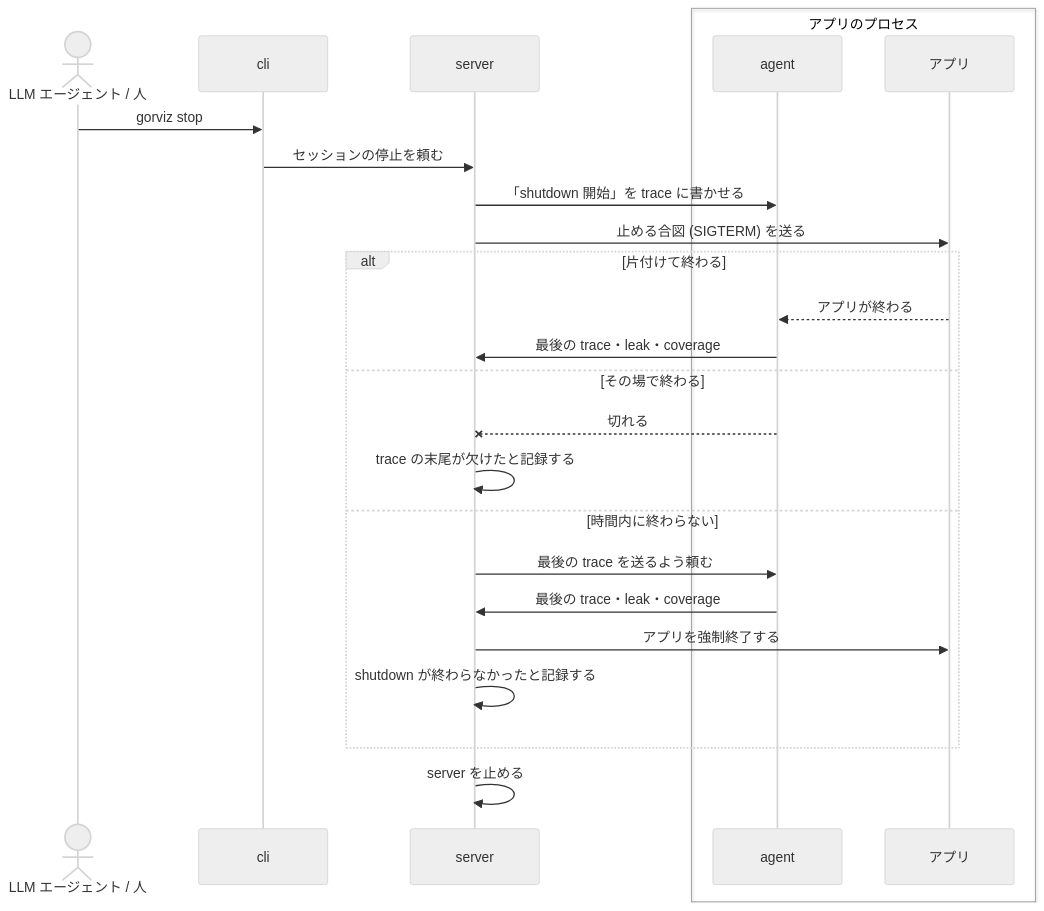
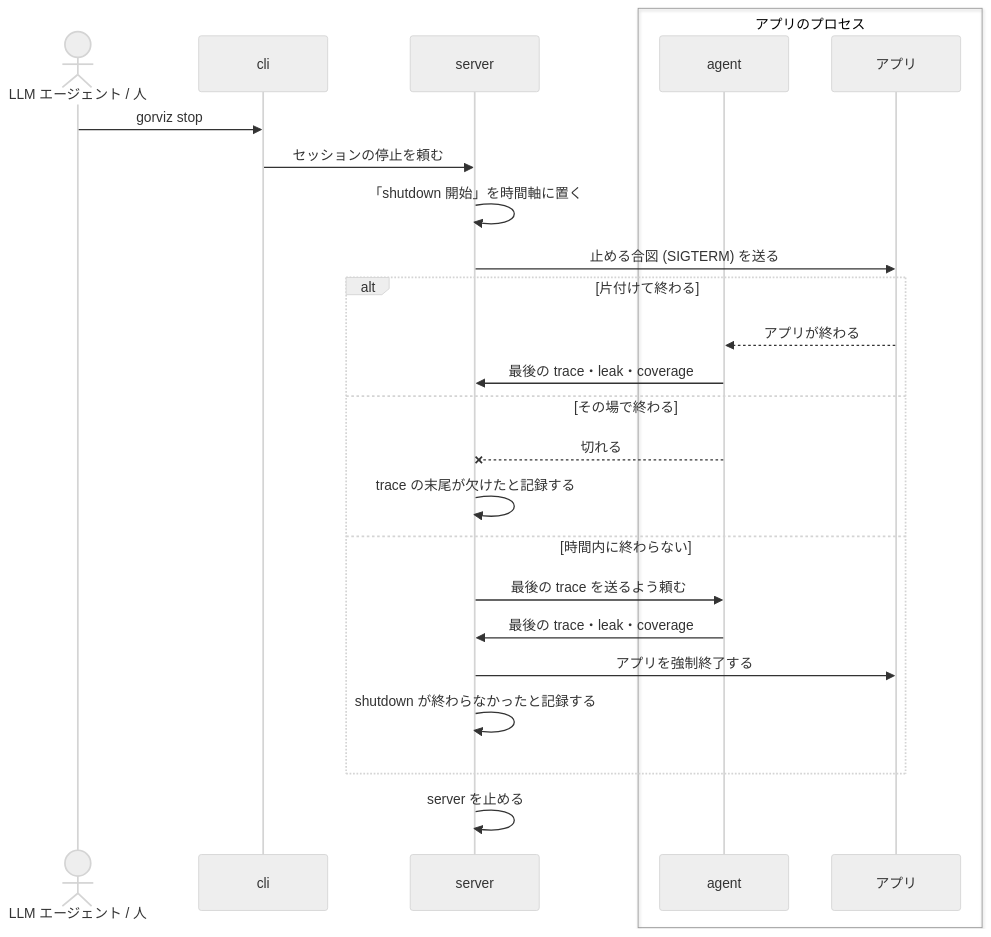
One commit to kakkky/gorviz changed the seventh of 7 diagrams in docs/design.md. Above: the diagram before and after it, drawn with Mermaid (neutral theme). The commit also changed other lines of this file and 1 other file, not shown here.

First line of the commit message:
docs: let the agent push only the trace and its hello and bye and answer the server's requests otherwise, keep the marks on the server's clock, and take the goroutineleak profile when the waiting goroutines grew

````diff
--- a/docs/design.md
+++ b/docs/design.md
@@ -280,28 +280,28 @@
 ```mermaid
 sequenceDiagram
     actor L as LLM エージェント / 人
     participant C as cli
     participant S as server
     box アプリのプロセス
         participant A as agent
         participant App as アプリ
     end
 
     L->>C: gorviz stop
     C->>S: セッションの停止を頼む
-    S->>A: 「shutdown 開始」を trace に書かせる
+    S->>S: 「shutdown 開始」を時間軸に置く
     S->>App: 止める合図 (SIGTERM) を送る
     alt 片付けて終わる
         App-->>A: アプリが終わる
         A->>S: 最後の trace・leak・coverage
     else その場で終わる
         A--xS: 切れる
         S->>S: trace の末尾が欠けたと記録する
     else 時間内に終わらない
         S->>A: 最後の trace を送るよう頼む
         A->>S: 最後の trace・leak・coverage
         S->>App: アプリを強制終了する
         S->>S: shutdown が終わらなかったと記録する
     end
     S->>S: server を止める
 ```
````
